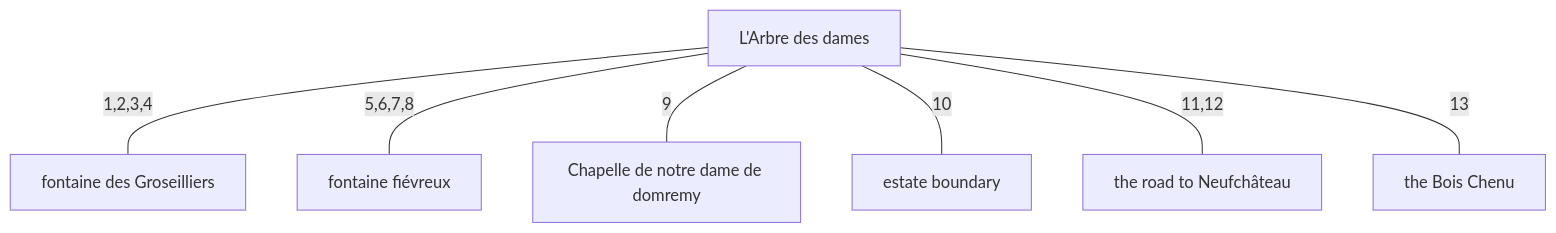
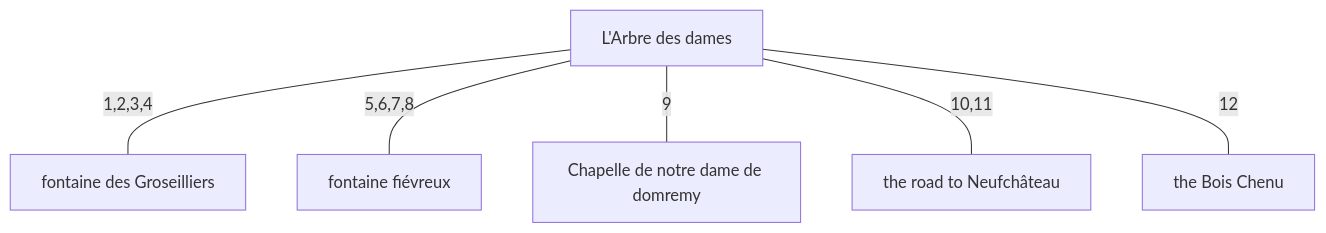
Before and after one commit to kitty-catt/the-location-of-the-arbre-des-dames-and-the-spring-of-joan-of-arc: the diagram in breakout/combined.md, drawn with Mermaid. The commit also changed other lines of this file and 1 other file, not shown here.

````diff
--- a/breakout/combined.md
+++ b/breakout/combined.md
@@ -17,17 +20,15 @@
 ```mermaid
 graph TD
     N1["L'Arbre des dames"]
     N2["Chapelle de notre dame de domremy"]
     N5["fontaine fiévreux"]
     N6["fontaine des Groseilliers"]
     N7["the road to Neufchâteau"]
-    N10["estate boundary"]
     N11["the Bois Chenu"]
 
     N1 -- "1,2,3,4" --- N6
     N1 -- "5,6,7,8" --- N5
     N1 -- "9" --- N2
-    N1 -- "10" --- N10
-    N1 -- "11,12" --- N7
-    N1 -- "13" --- N11
+    N1 -- "10,11" --- N7
+    N1 -- "12" --- N11
 ```
````
